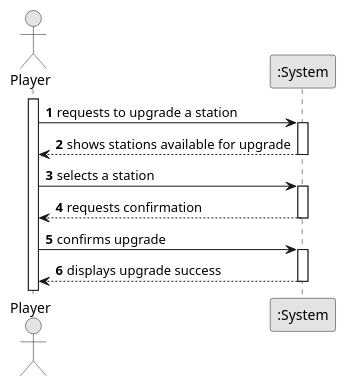
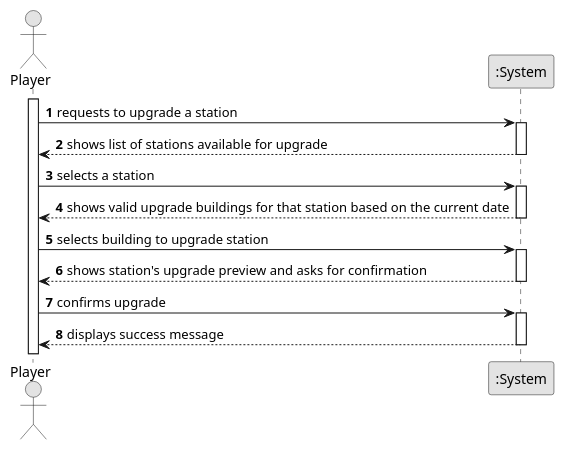
One commit to Educ00/mdisc-2425 changed the diagram in docs/system-documentation/sprint 1/US06/01.requirements-engineering/puml/US006-SSD.puml. Above: the diagram before and after it, drawn with PlantUML. The commit also changed 4 other files, not shown here.

Commit message:
Completed US06 requirements engineering. Implemented the UML code for the SSD of this US. Made the requirements.md file related to this same US. Also ended up updating an interaction message on the US06 SSD.

```diff
--- a/docs/system-documentation/sprint 1/US06/01.requirements-engineering/puml/US006-SSD.puml
+++ b/docs/system-documentation/sprint 1/US06/01.requirements-engineering/puml/US006-SSD.puml
@@ -1,30 +1,34 @@
 @startuml
 skinparam monochrome true
 skinparam packageStyle rectangle
 skinparam shadowing false
 
 autonumber
 
 actor "Player" as Player
 participant ":System" as System
 
 activate Player
 
     Player -> System : requests to upgrade a station
     activate System
-
-        System --> Player : shows stations available for upgrade
+        System --> Player : shows list of stations available for upgrade
     deactivate System
 
     Player -> System : selects a station
     activate System
+        System --> Player : shows valid upgrade buildings for that station based on the current date
+    deactivate System
 
-        System --> Player : requests confirmation
+
+    Player -> System : selects building to upgrade station
+    activate System
+        System --> Player : shows station's upgrade preview and asks for confirmation
     deactivate System
 
     Player -> System : confirms upgrade
     activate System
+        System --> Player : displays success message
+    deactivate System
 
-        System --> Player : displays upgrade success
-    deactivate System
 @enduml
```
